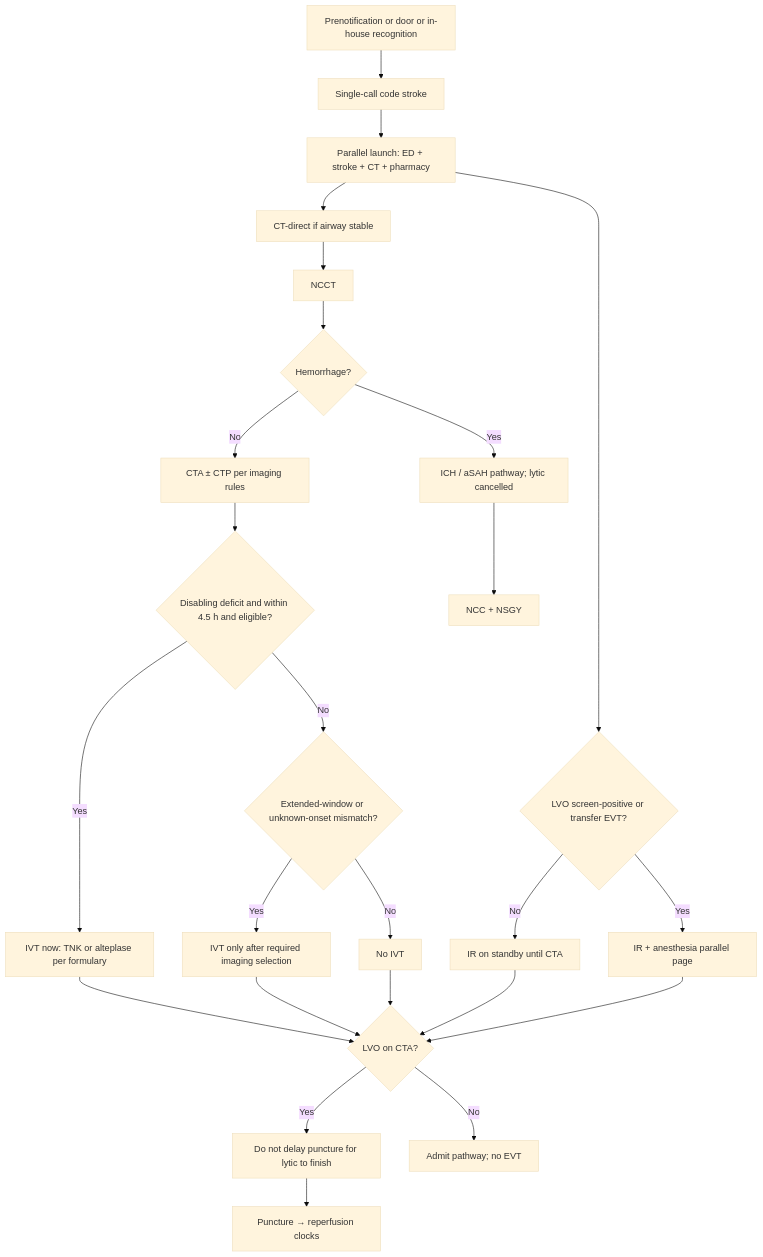
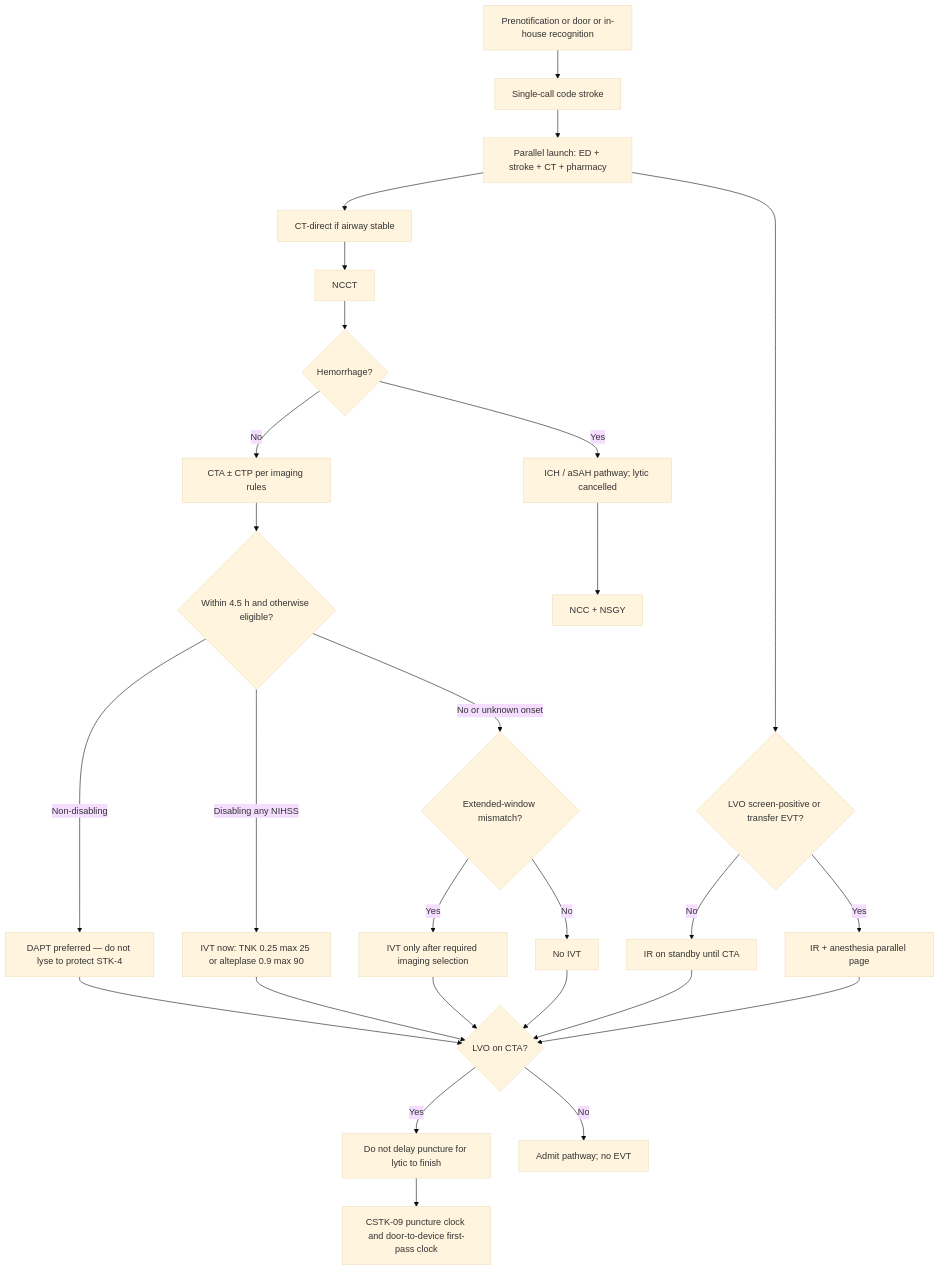
The first of 2 diagrams in docs/clinical/11-hyperacute-pathways.md (rkalani1/CSC), drawn with Mermaid (base theme) before and after one commit. The commit also changed other lines of this file and 62 other files, not shown here.

````diff
--- a/docs/clinical/11-hyperacute-pathways.md
+++ b/docs/clinical/11-hyperacute-pathways.md
@@ -106,27 +100,29 @@
 ```mermaid
 flowchart TD
     A[Prenotification or door or in-house recognition] --> B[Single-call code stroke]
     B --> C[Parallel launch: ED + stroke + CT + pharmacy]
     C --> D{LVO screen-positive or transfer EVT?}
     D -->|Yes| E[IR + anesthesia parallel page]
     D -->|No| F[IR on standby until CTA]
     C --> G[CT-direct if airway stable]
     G --> H[NCCT]
     H --> I{Hemorrhage?}
     I -->|Yes| J[ICH / aSAH pathway; lytic cancelled]
     I -->|No| K[CTA ± CTP per imaging rules]
-    K --> L{Disabling deficit and within 4.5 h and eligible?}
-    L -->|Yes| M[IVT now: TNK or alteplase per formulary]
-    L -->|No| N{Extended-window or unknown-onset mismatch?}
+    K --> L{Within 4.5 h and otherwise eligible?}
+    L -->|Disabling any NIHSS| M[IVT now: TNK 0.25 max 25 or alteplase 0.9 max 90]
+    L -->|Non-disabling| DAPT[DAPT preferred — do not lyse to protect STK-4]
+    L -->|No or unknown onset| N{Extended-window mismatch?}
     N -->|Yes| O[IVT only after required imaging selection]
     N -->|No| P[No IVT]
+    DAPT --> Q{LVO on CTA?}
     M --> Q{LVO on CTA?}
     O --> Q
     P --> Q
     F --> Q
     E --> Q
     Q -->|Yes| R[Do not delay puncture for lytic to finish]
     Q -->|No| S[Admit pathway; no EVT]
-    R --> T[Puncture → reperfusion clocks]
+    R --> T[CSTK-09 puncture clock and door-to-device first-pass clock]
     J --> U[NCC + NSGY]
 ```
````
